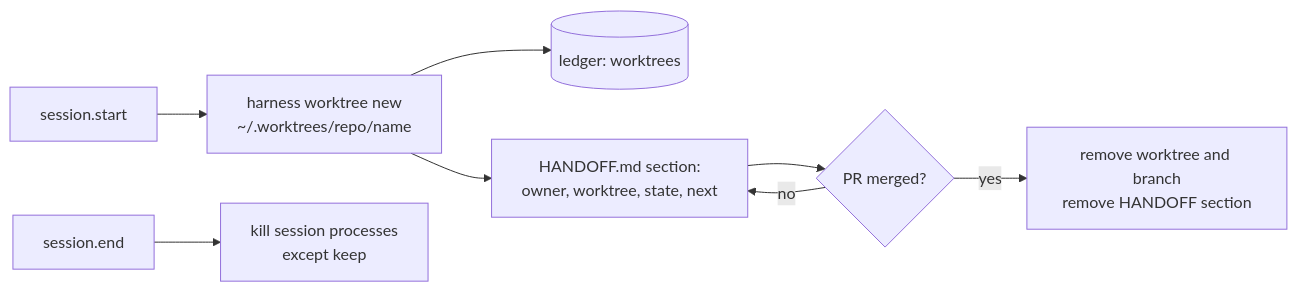
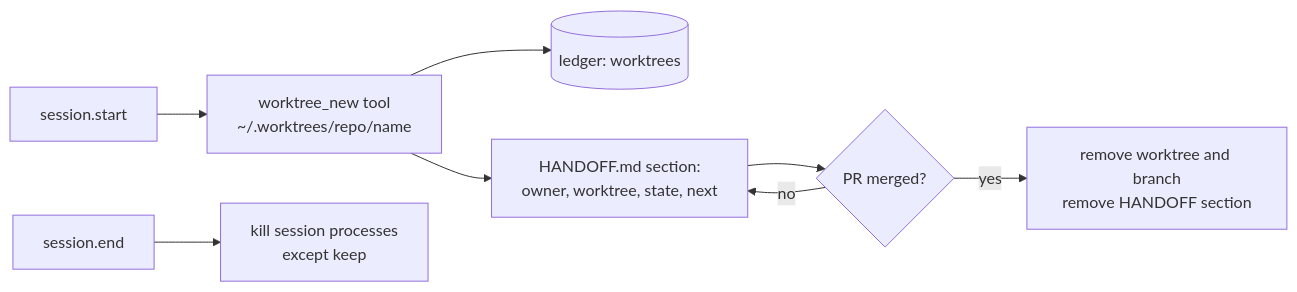
The fourth of 5 diagrams in docs/specs/harness-evolution.md (acastro2/alex-skills), drawn with Mermaid before and after one commit. The commit also changed other lines of this file, not shown here.

First line of the commit message:
docs(specs): harness MCP design grilled against docs (D32-D37)

````diff
--- a/docs/specs/harness-evolution.md
+++ b/docs/specs/harness-evolution.md
@@ -302,10 +311,10 @@
 ```mermaid
 flowchart LR
-  S[session.start] --> W[harness worktree new<br/>~/.worktrees/repo/name]
+  S[session.start] --> W[worktree_new tool<br/>~/.worktrees/repo/name]
   W --> L[(ledger: worktrees)]
   W --> H[HANDOFF.md section:<br/>owner, worktree, state, next]
   H --> M{PR merged?}
   M -->|yes| C[remove worktree and branch<br/>remove HANDOFF section]
   M -->|no| H
   E[session.end] --> K[kill session processes<br/>except keep]
 ```
````
